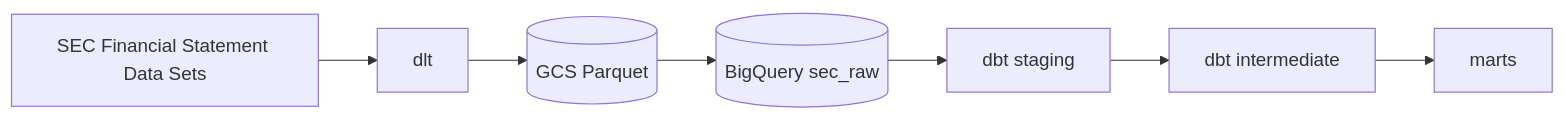
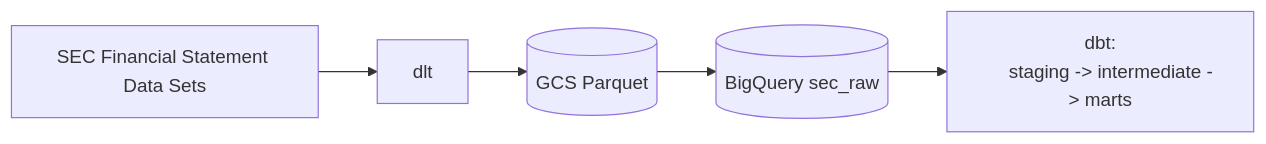
One commit to ari-butterfield/sec-pit-warehouse changed the diagram in README.md. Above: the diagram before and after it, drawn with Mermaid. The commit also changed other lines of this file and 8 other files, not shown here.

````diff
--- a/README.md
+++ b/README.md
@@ -29,9 +15,8 @@
 ```mermaid
 flowchart LR
     A[SEC Financial Statement Data Sets] --> B[dlt]
     B --> C[(GCS Parquet)]
     C --> D[(BigQuery sec_raw)]
-    D --> E[dbt staging]
-    E --> F[dbt intermediate]
-    F --> G[marts]
+    D --> E[dbt:
+    staging -> intermediate -> marts]
 ```
````
